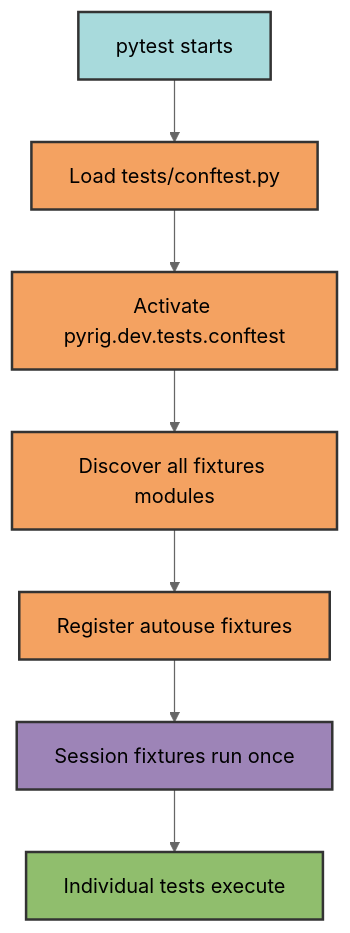
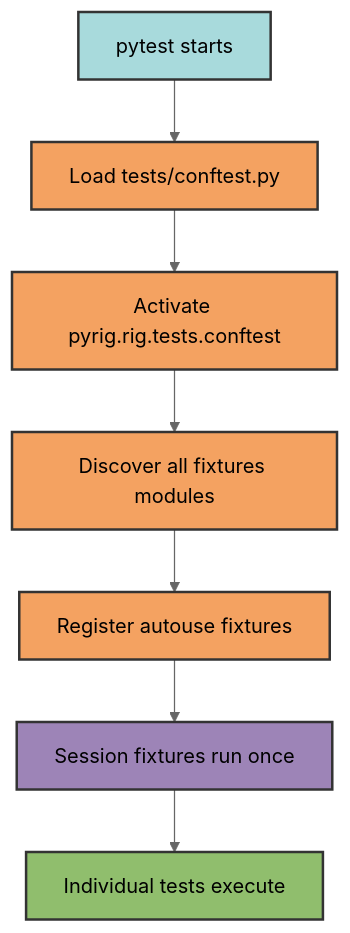
Before and after one commit to Winipedia/pyrig: the first of 2 diagrams in docs/tests/autouse.md, drawn with Mermaid (neutral theme). The commit also changed other lines of this file and 478 other files, not shown here.

Commit message:
renamed dev to rig and tests pass

````diff
--- a/docs/tests/autouse.md
+++ b/docs/tests/autouse.md
@@ -8,17 +8,17 @@
 ```mermaid
 graph TD
     A[pytest starts] --> B[Load tests/conftest.py]
-    B --> C[Activate pyrig.dev.tests.conftest]
+    B --> C[Activate pyrig.rig.tests.conftest]
     C --> D[Discover all fixtures modules]
     D --> E[Register autouse fixtures]
     E --> F[Session fixtures run once]
     F --> G[Individual tests execute]
 
     style A fill:#a8dadc,stroke:#333,stroke-width:2px,color:#000
     style B fill:#f4a261,stroke:#333,stroke-width:2px,color:#000
     style C fill:#f4a261,stroke:#333,stroke-width:2px,color:#000
     style D fill:#f4a261,stroke:#333,stroke-width:2px,color:#000
     style E fill:#f4a261,stroke:#333,stroke-width:2px,color:#000
     style F fill:#9d84b7,stroke:#333,stroke-width:2px,color:#000
     style G fill:#90be6d,stroke:#333,stroke-width:2px,color:#000
 ```
````
